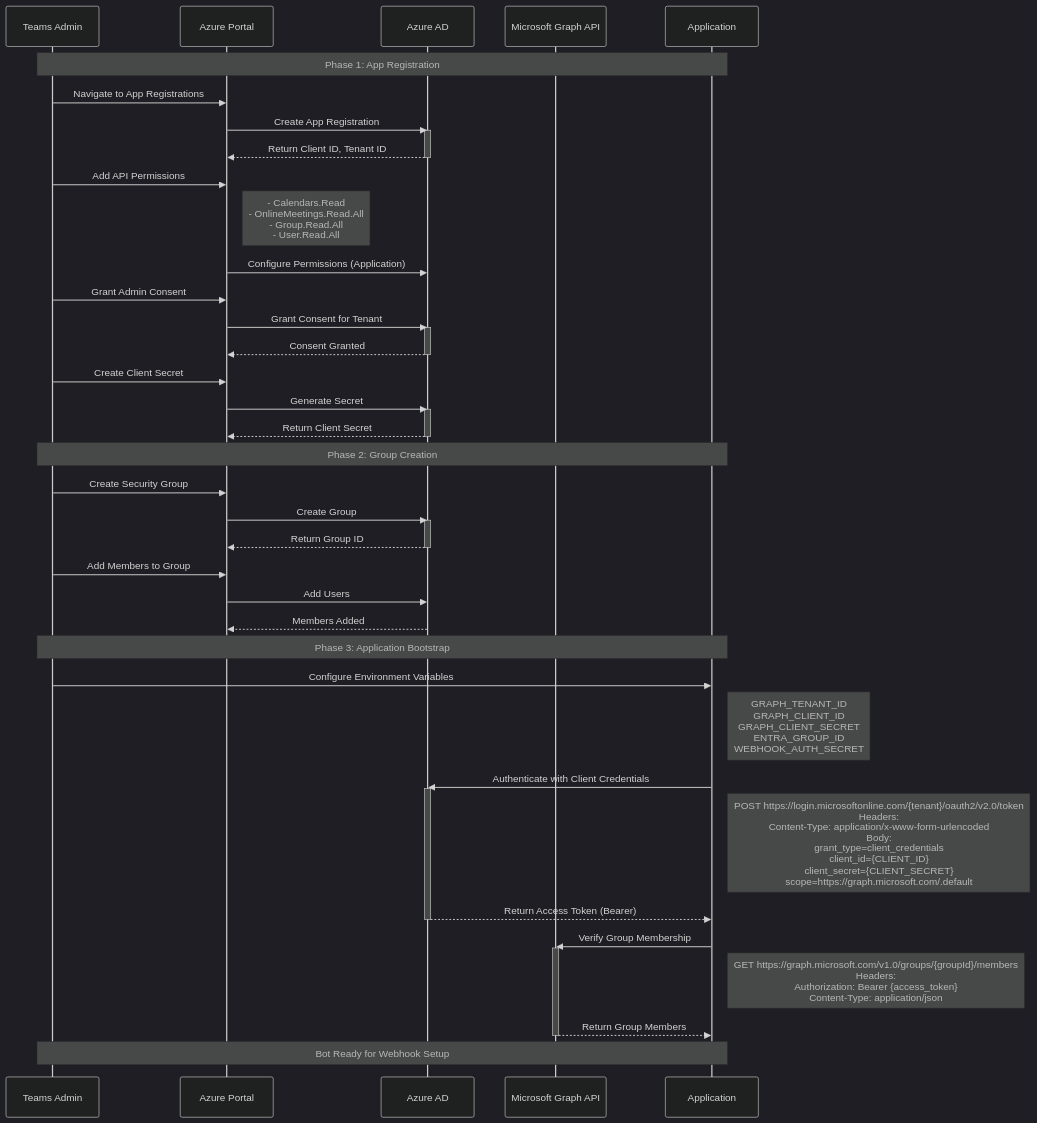
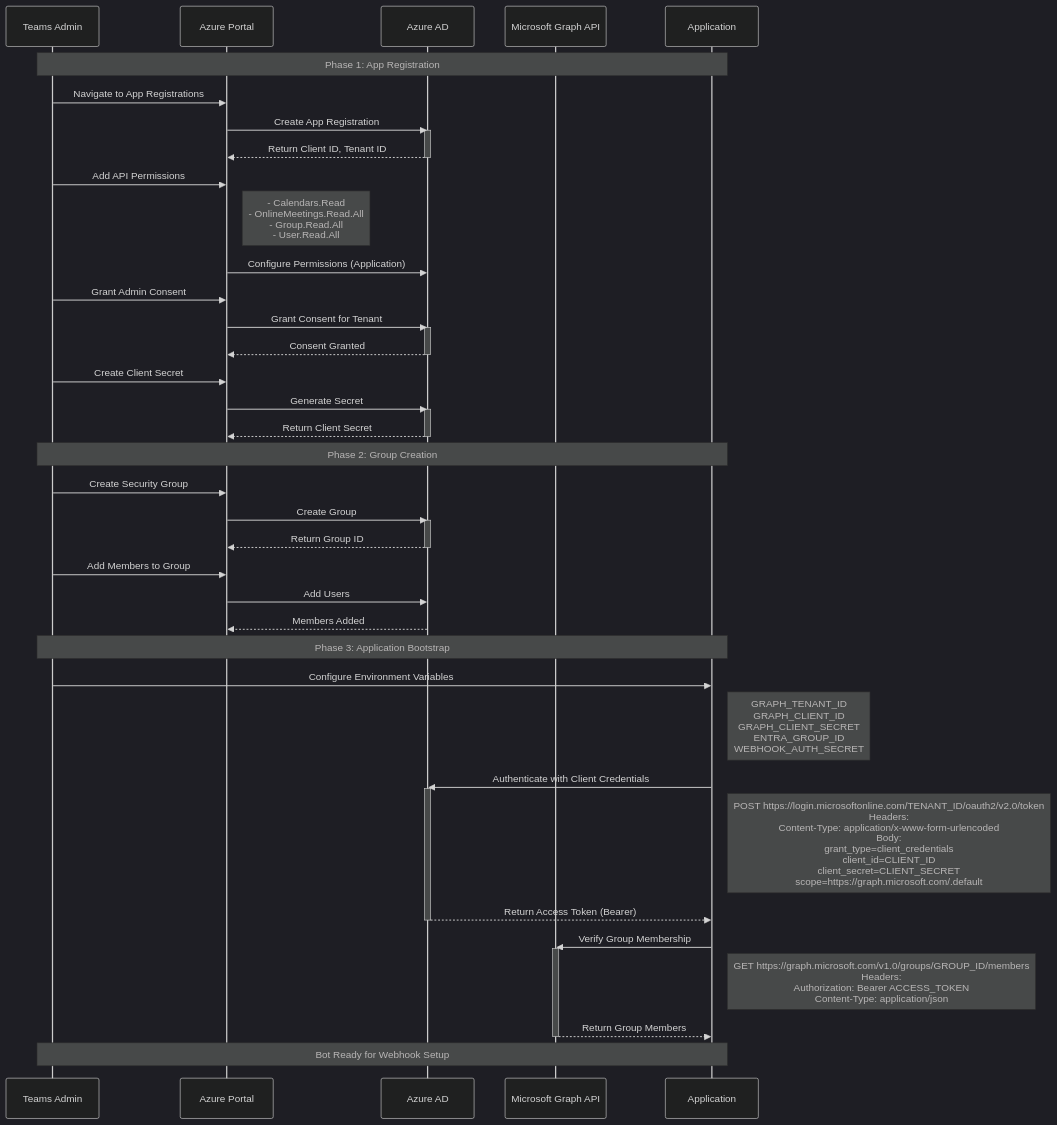
The diagram in docs/flows/01-bot-installation.md (ivegamsft/teams-meeting-fetche), drawn with Mermaid (dark theme) before and after one commit. The commit also changed other lines of this file and 5 other files, not shown here.

Commit message:
docs: prefer IaC/code links in flows

````diff
--- a/docs/flows/01-bot-installation.md
+++ b/docs/flows/01-bot-installation.md
@@ -7,63 +7,63 @@
 ```mermaid
 sequenceDiagram
     participant Admin as Teams Admin
     participant Portal as Azure Portal
     participant AAD as Azure AD
     participant Graph as Microsoft Graph API
     participant App as Application
 
     Note over Admin,App: Phase 1: App Registration
 
     Admin->>Portal: Navigate to App Registrations
     Portal->>AAD: Create App Registration
     activate AAD
     AAD-->>Portal: Return Client ID, Tenant ID
     deactivate AAD
 
     Admin->>Portal: Add API Permissions
     Note right of Portal: - Calendars.Read<br/>- OnlineMeetings.Read.All<br/>- Group.Read.All<br/>- User.Read.All
     Portal->>AAD: Configure Permissions (Application)
 
     Admin->>Portal: Grant Admin Consent
     Portal->>AAD: Grant Consent for Tenant
     activate AAD
     AAD-->>Portal: Consent Granted
     deactivate AAD
 
     Admin->>Portal: Create Client Secret
     Portal->>AAD: Generate Secret
     activate AAD
     AAD-->>Portal: Return Client Secret
     deactivate AAD
 
     Note over Admin,App: Phase 2: Group Creation
 
     Admin->>Portal: Create Security Group
     Portal->>AAD: Create Group
     activate AAD
     AAD-->>Portal: Return Group ID
     deactivate AAD
 
     Admin->>Portal: Add Members to Group
     Portal->>AAD: Add Users
     AAD-->>Portal: Members Added
 
     Note over Admin,App: Phase 3: Application Bootstrap
 
     Admin->>App: Configure Environment Variables
     Note right of App: GRAPH_TENANT_ID<br/>GRAPH_CLIENT_ID<br/>GRAPH_CLIENT_SECRET<br/>ENTRA_GROUP_ID<br/>WEBHOOK_AUTH_SECRET
 
     App->>AAD: Authenticate with Client Credentials
     activate AAD
-    Note right of App: POST https://login.microsoftonline.com/{tenant}/oauth2/v2.0/token<br/>Headers:<br/>  Content-Type: application/x-www-form-urlencoded<br/>Body:<br/>  grant_type=client_credentials<br/>  client_id={CLIENT_ID}<br/>  client_secret={CLIENT_SECRET}<br/>  scope=https://graph.microsoft.com/.default
+    Note right of App: POST https://login.microsoftonline.com/TENANT_ID/oauth2/v2.0/token<br/>Headers:<br/>  Content-Type: application/x-www-form-urlencoded<br/>Body:<br/>  grant_type=client_credentials<br/>  client_id=CLIENT_ID<br/>  client_secret=CLIENT_SECRET<br/>  scope=https://graph.microsoft.com/.default
     AAD-->>App: Return Access Token (Bearer)
     deactivate AAD
 
     App->>Graph: Verify Group Membership
     activate Graph
-    Note right of App: GET https://graph.microsoft.com/v1.0/groups/{groupId}/members<br/>Headers:<br/>  Authorization: Bearer {access_token}<br/>  Content-Type: application/json
+    Note right of App: GET https://graph.microsoft.com/v1.0/groups/GROUP_ID/members<br/>Headers:<br/>  Authorization: Bearer ACCESS_TOKEN<br/>  Content-Type: application/json
     Graph-->>App: Return Group Members
     deactivate Graph
 
     Note over Admin,App: Bot Ready for Webhook Setup
 ```
````
